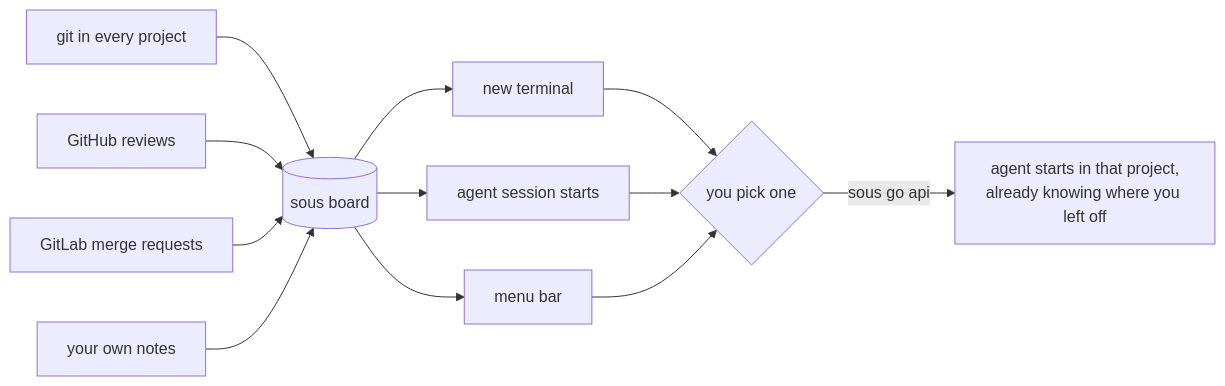
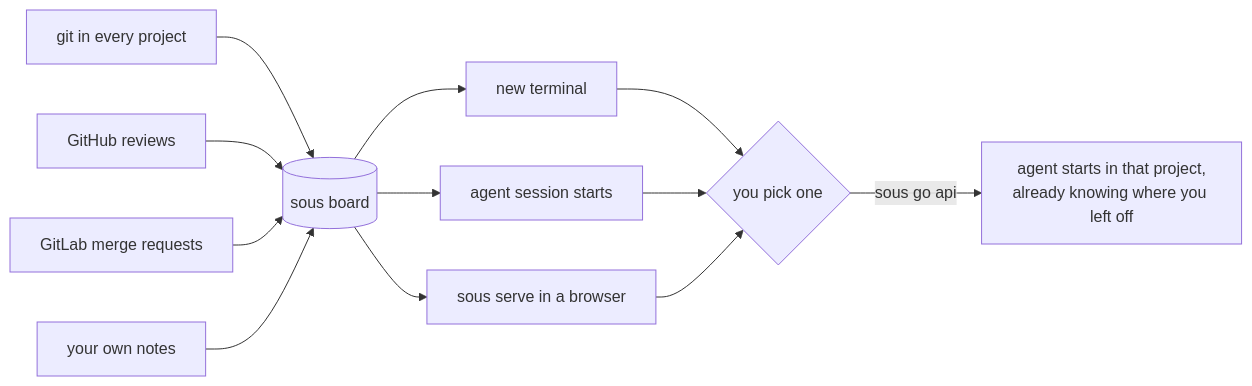
One commit to bilal-/sous changed the diagram in README.md. Above: the diagram before and after it, drawn with Mermaid. The commit also changed other lines of this file and 7 other files, not shown here.

````diff
--- a/README.md
+++ b/README.md
@@ -60,14 +59,14 @@
 ```mermaid
 flowchart LR
     git[git in every project] --> sous
     gh[GitHub reviews] --> sous
     gl[GitLab merge requests] --> sous
     notes[your own notes] --> sous
     sous[(sous board)] --> shell[new terminal]
     sous --> agent[agent session starts]
-    sous --> menu[menu bar]
+    sous --> web[sous serve in a browser]
     shell --> pick{you pick one}
     agent --> pick
-    menu --> pick
+    web --> pick
     pick -->|sous go api| work[agent starts in that project,<br/>already knowing where you left off]
 ```
````
